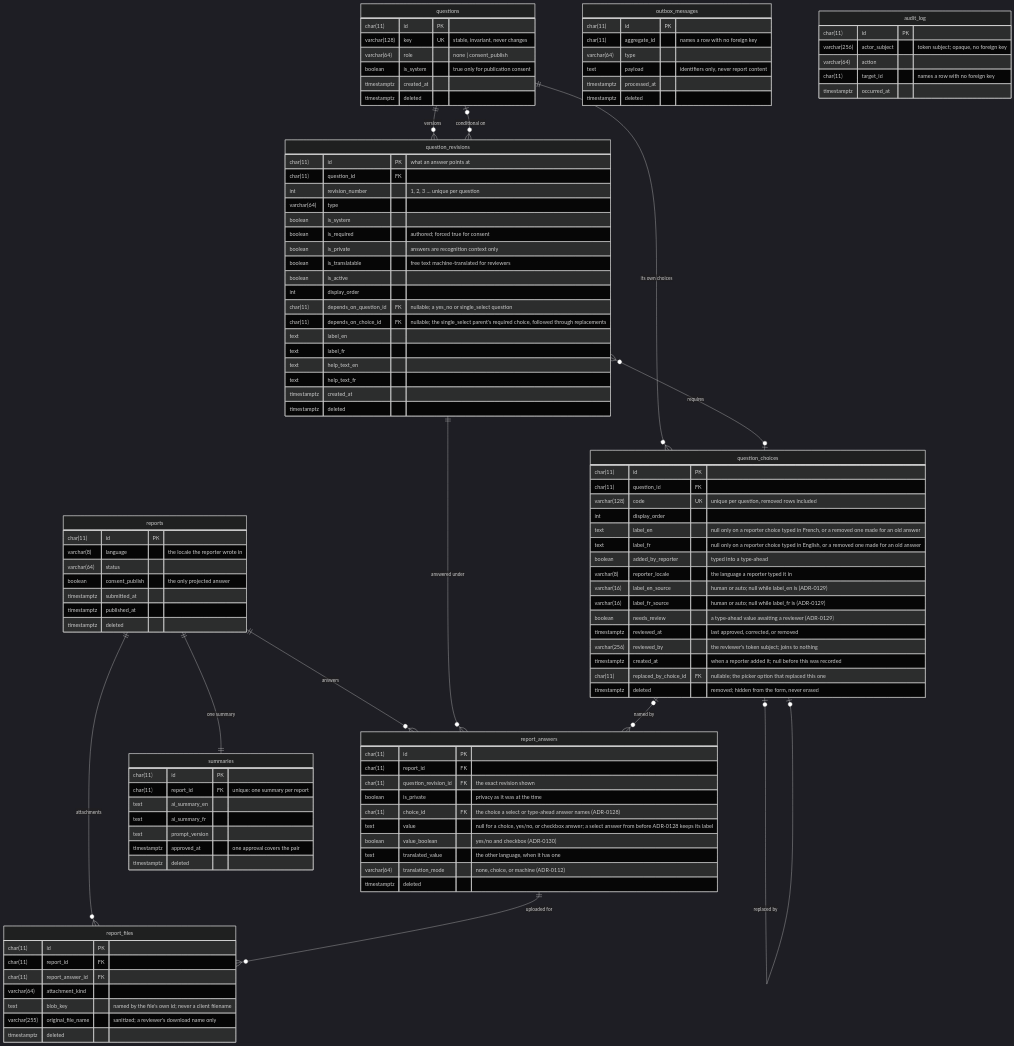
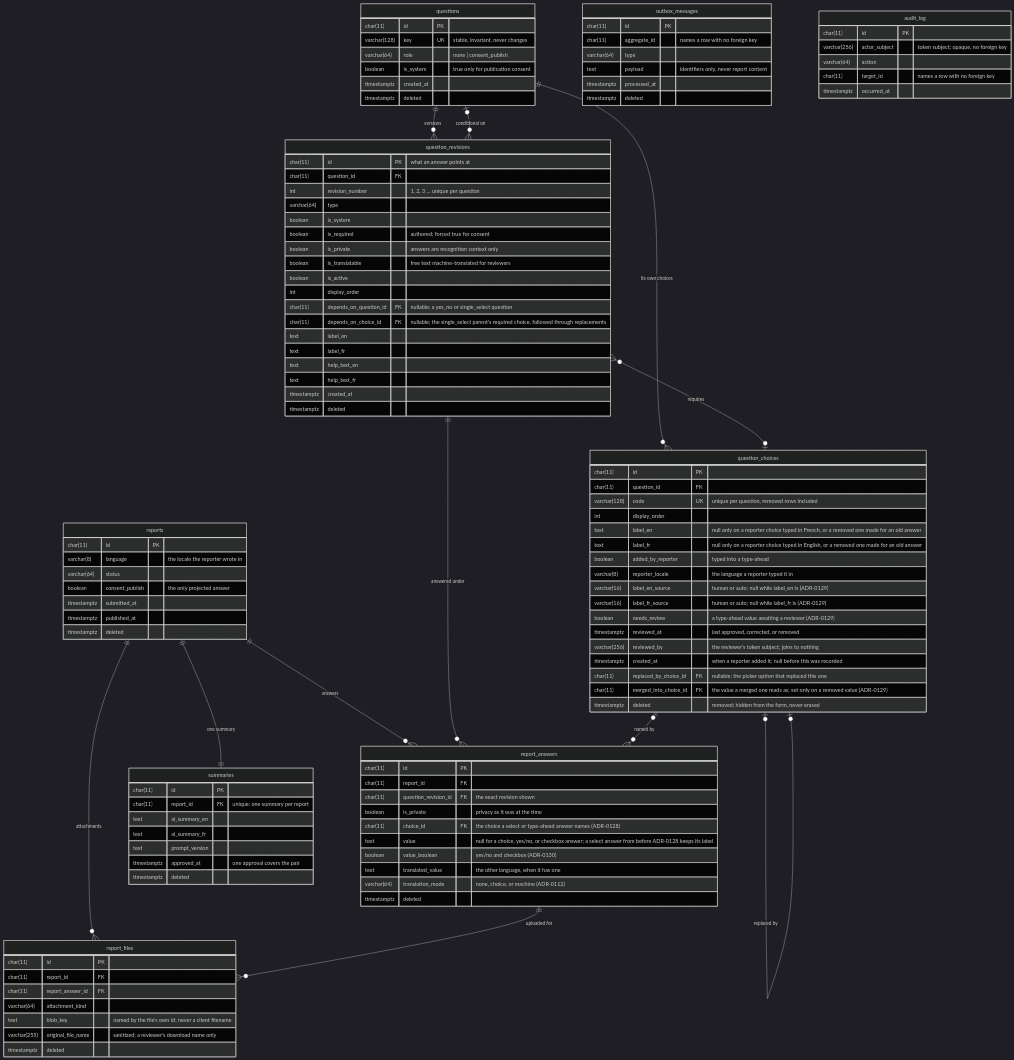
Before and after one commit to HPAC-Safety/safety-report: the diagram in src/HpacSafety.Infrastructure/Persistence/Migrations/README.md, drawn with Mermaid (dark theme). The commit also changed other lines of this file and 25 other files, not shown here.

```diff
--- a/src/HpacSafety.Infrastructure/Persistence/Migrations/README.md
+++ b/src/HpacSafety.Infrastructure/Persistence/Migrations/README.md
@@ -54,6 +54,7 @@
 erDiagram
     questions ||--o{ question_revisions : "versions"
     questions ||--o{ question_choices : "its own choices"
+    question_choices |o--o{ question_choices : "merged into"
     question_revisions }o--o| questions : "conditional on"
     question_revisions }o--o| question_choices : "requires"
     question_choices |o--o| question_choices : "replaced by"
@@ -111,6 +112,7 @@
         varchar(256) reviewed_by "the reviewer's token subject; joins to nothing"
         timestamptz created_at "when a reporter added it; null before this was recorded"
         char(11) replaced_by_choice_id FK "nullable; the picker option that replaced this one"
+        char(11) merged_into_choice_id FK "the value a merged one reads as; set only on a removed value (ADR-0129)"
         timestamptz deleted "removed; hidden from the form, never erased"
     }
 
```
